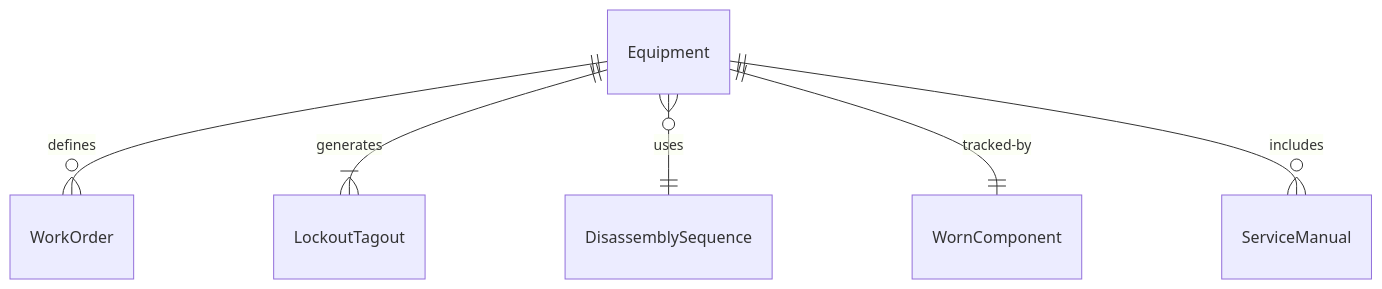
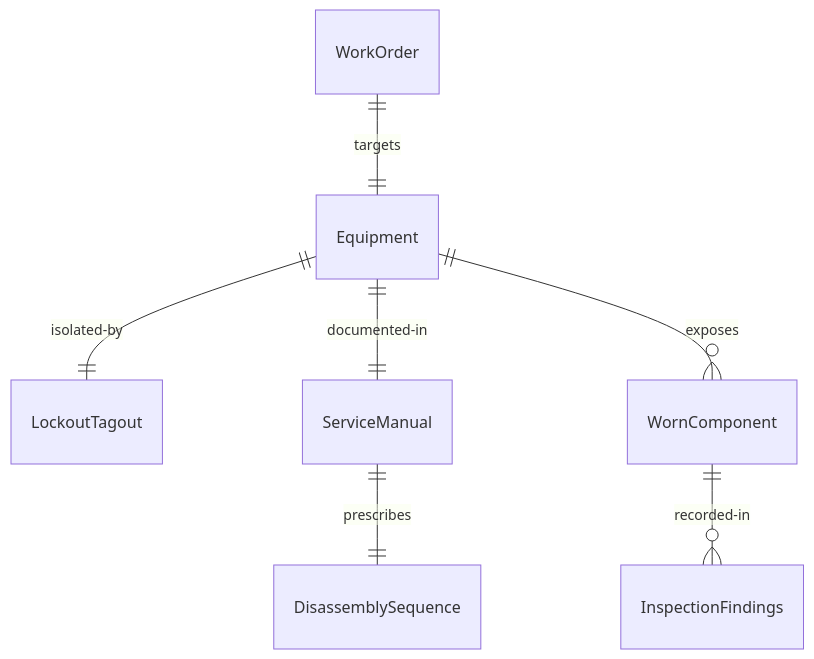
One commit to dot-org-ai/tasks.org.ai changed the first of 4 diagrams in HandlingAndMovingObjects/DisassembleEquipment/DisassembleEquipmentMaintenanceRepair.mdx. Above: the diagram before and after it, drawn with Mermaid. The commit also changed other lines of this file and 515 other files, not shown here.

````diff
--- a/HandlingAndMovingObjects/DisassembleEquipment/DisassembleEquipmentMaintenanceRepair.mdx
+++ b/HandlingAndMovingObjects/DisassembleEquipment/DisassembleEquipmentMaintenanceRepair.mdx
@@ -89,8 +89,9 @@
 ```mermaid
 erDiagram
-    Equipment ||--o{ WorkOrder : "defines"
-    Equipment ||--|{ LockoutTagout : "generates"
-    Equipment }o--|| DisassemblySequence : "uses"
-    Equipment ||--|| WornComponent : "tracked-by"
-    Equipment ||--o{ ServiceManual : "includes"
+    WorkOrder ||--|| Equipment : "targets"
+    Equipment ||--|| LockoutTagout : "isolated-by"
+    Equipment ||--|| ServiceManual : "documented-in"
+    ServiceManual ||--|| DisassemblySequence : "prescribes"
+    Equipment ||--o{ WornComponent : "exposes"
+    WornComponent ||--o{ InspectionFindings : "recorded-in"
 ```
````
